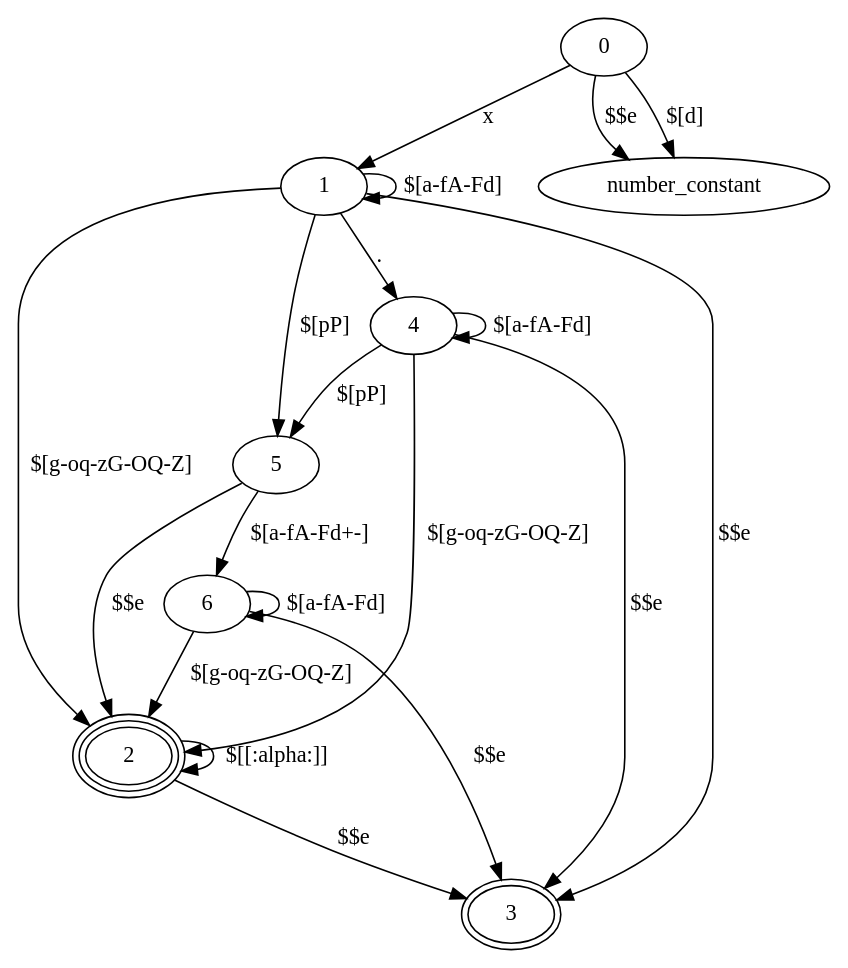
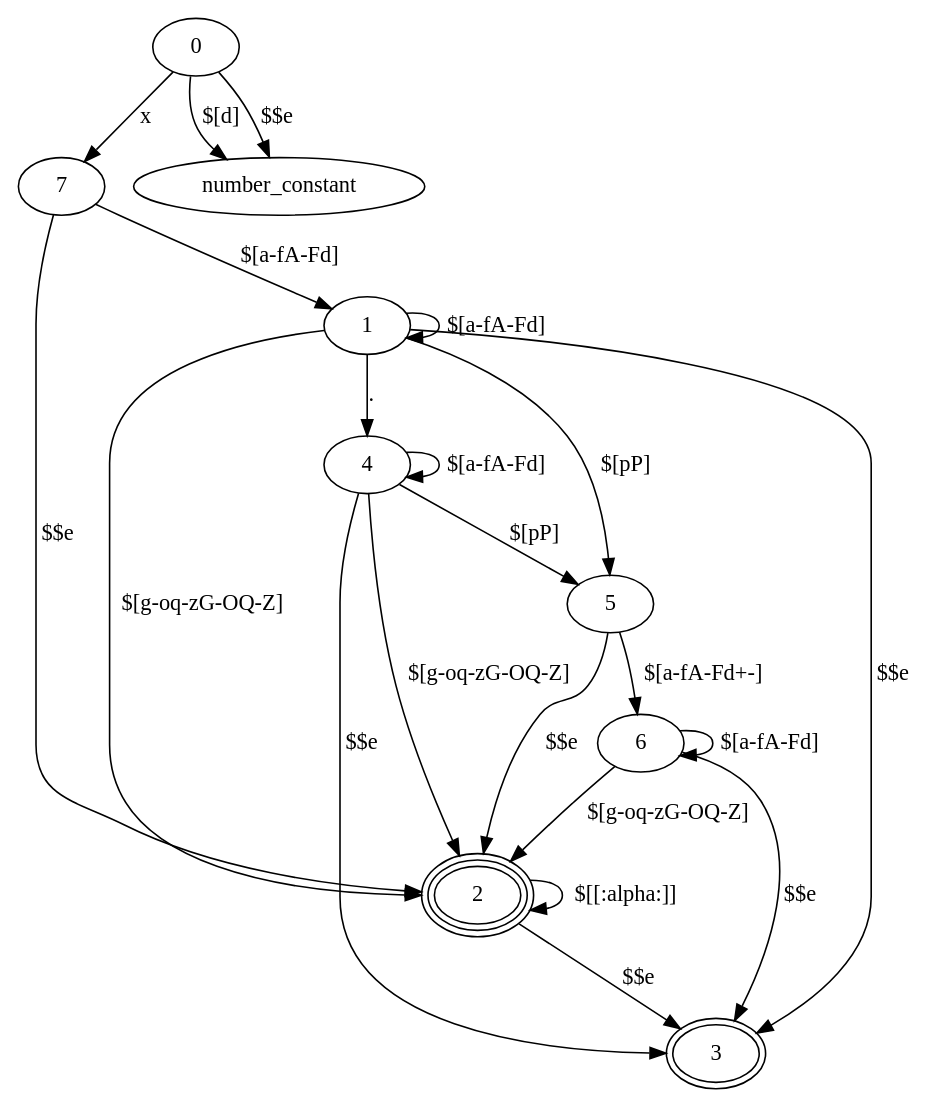
Before and after one commit to aoyako/682-Lexer: the diagram in lua/hex_number_constant.dot, drawn with Graphviz. The commit also changed 1 other file, not shown here.

```diff
--- a/lua/hex_number_constant.dot
+++ b/lua/hex_number_constant.dot
@@ -1,29 +1,32 @@
 digraph hex_number_constant {
     3 [peripheries=2]
     2 [peripheries=3]
 
-    0 -> 1 [label="x"]
+    0 -> 7 [label="x"]
     0 -> number_constant [label="$[\d]"]
     0 -> number_constant [label="$$e"]
+
+    7 -> 1 [label="$[a-fA-F\d]"]
+    7 -> 2 [label="$$e"]
 
     1 -> 1 [label="$[a-fA-F\d]"]
     1 -> 2 [label="$[g-oq-zG-OQ-Z]"]
     1 -> 3 [label="$$e"]
 
     2 -> 2 [label="$[[:alpha:]]"]
     2 -> 3 [label="$$e"]
 
     1 -> 4 [label="."]
     4 -> 4 [label="$[a-fA-F\d]"]
     4 -> 2 [label="$[g-oq-zG-OQ-Z]"]
     4 -> 3 [label="$$e"]
     1 -> 5 [label="$[pP]"]
 
     4 -> 5 [label="$[pP]"]
     5 -> 6 [label="$[a-fA-F\d\+\-]"]
     5 -> 2 [label="$$e"]
 
     6 -> 6 [label="$[a-fA-F\d]"]
     6 -> 2 [label="$[g-oq-zG-OQ-Z]"]
     6 -> 3 [label="$$e"]
 }
```
